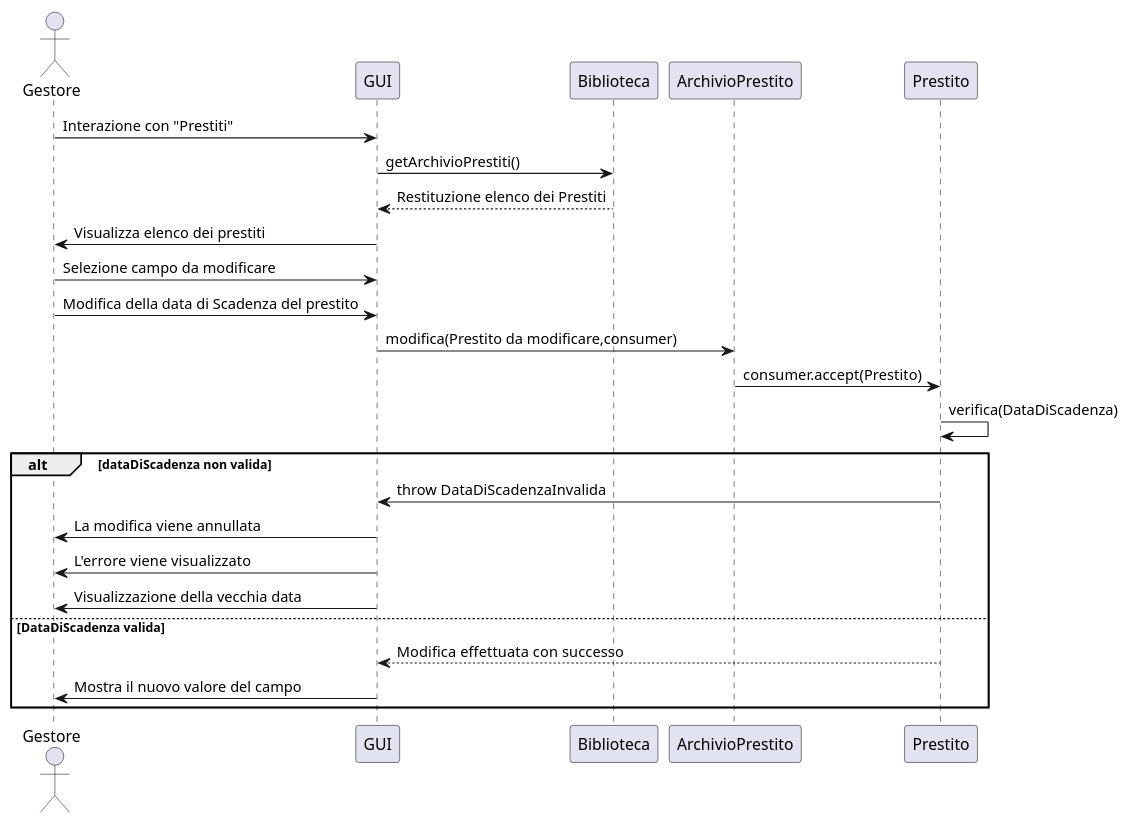
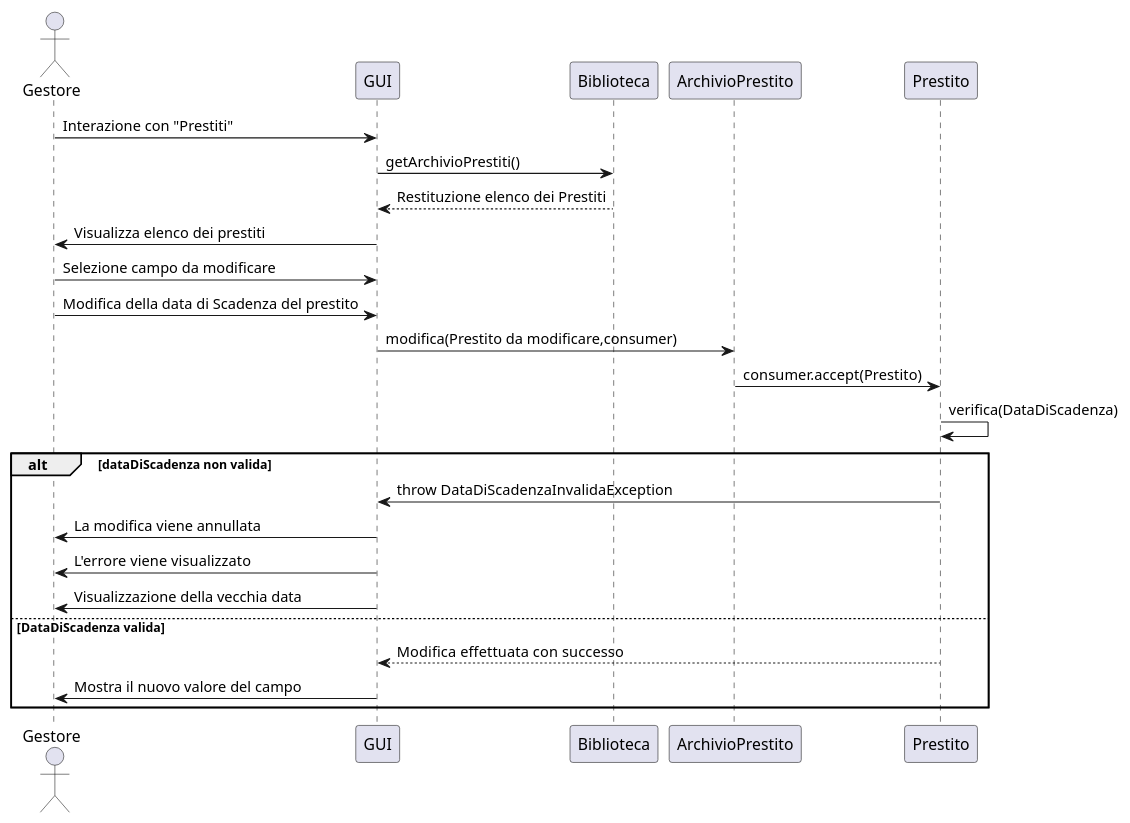
One commit to Meziu/easylibrary changed the diagram in docs/uml/DiagrammiSequenza/UMLModificaPrestito.puml. Above: the diagram before and after it, drawn with PlantUML. The commit also changed 5 other files, not shown here.

```diff
--- a/docs/uml/DiagrammiSequenza/UMLModificaPrestito.puml
+++ b/docs/uml/DiagrammiSequenza/UMLModificaPrestito.puml
@@ -1,35 +1,35 @@
 @startuml
 actor Gestore as G
 participant "GUI" as UI
 participant "Biblioteca" as B
 participant "ArchivioPrestito" as AP
 participant "Prestito" as P
 
 '---Modifica prestiti---
 G -> UI : Interazione con "Prestiti"
 UI -> B : getArchivioPrestiti()
 B --> UI : Restituzione elenco dei Prestiti
 UI -> G : Visualizza elenco dei prestiti
 
 G -> UI : Selezione campo da modificare
 G -> UI : Modifica della data di Scadenza del prestito
 
 '--- Invio all'archivio
 UI -> AP : modifica(Prestito da modificare,consumer)
 AP -> P : consumer.accept(Prestito)
 P -> P : verifica(DataDiScadenza)
 
 '--- Data di scadenza valida---
 alt dataDiScadenza non valida
-P -> UI : throw DataDiScadenzaInvalida
+P -> UI : throw DataDiScadenzaInvalidaException
 UI -> G : La modifica viene annullata
-UI -> G : L'errore viene visualizzato 
+UI -> G : L'errore viene visualizzato
 UI -> G : Visualizzazione della vecchia data
 
 
-else DataDiScadenza valida   
-P --> UI : Modifica  effettuata con successo 
+else DataDiScadenza valida
+P --> UI : Modifica  effettuata con successo
 UI -> G : Mostra il nuovo valore del campo
 
 end
 @enduml
```
